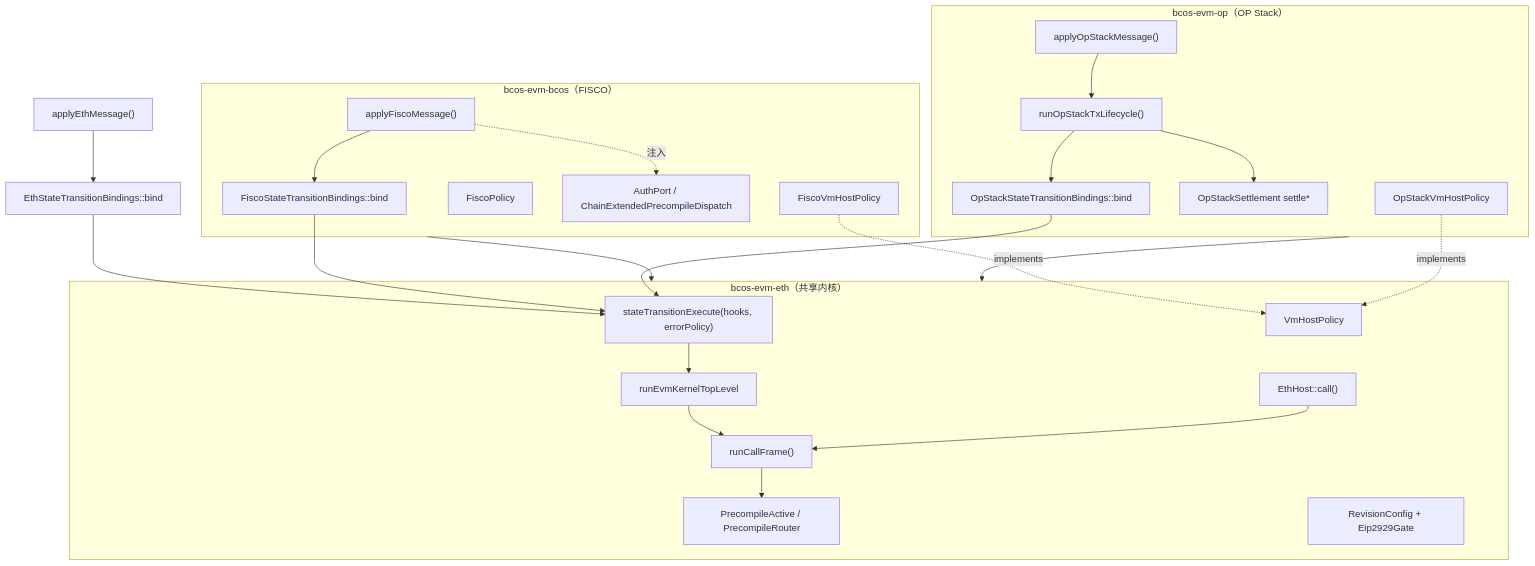
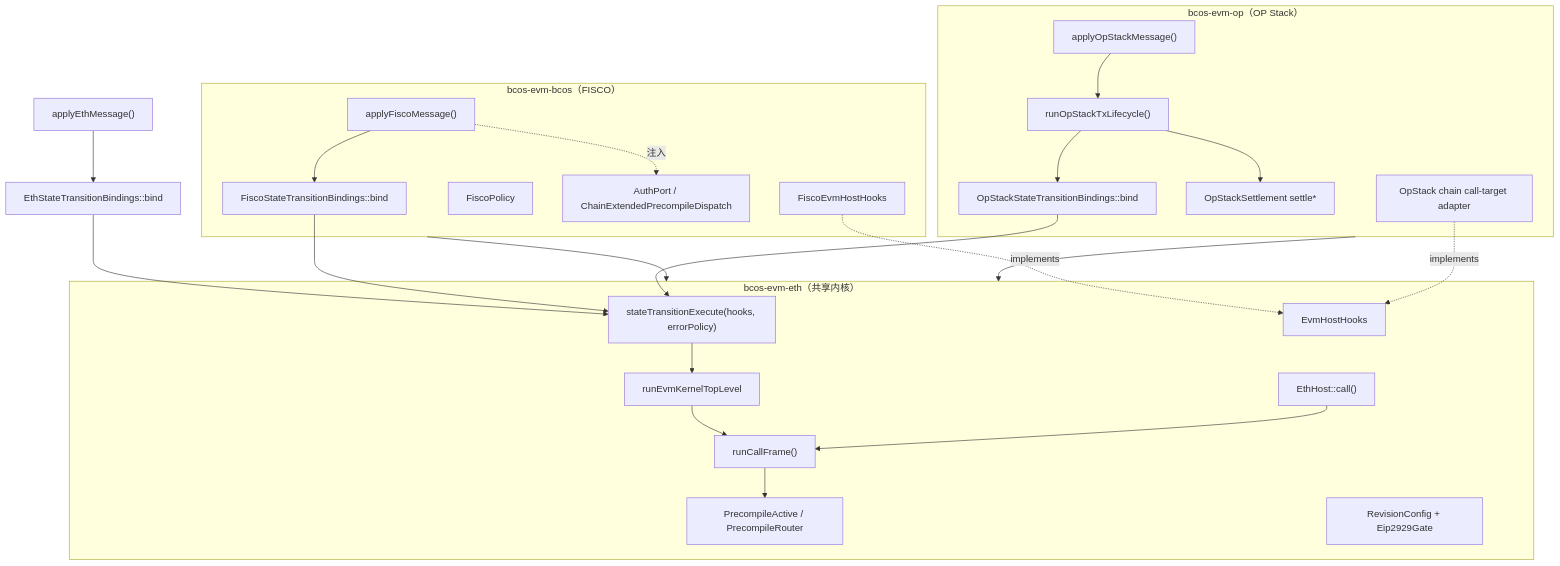
The diagram in bcos-evm/docs/architecture-overview.md (ywy2090/FISCO-BCOS), drawn with Mermaid before and after one commit. The commit also changed other lines of this file and 62 other files, not shown here.

First line of the commit message:
refactor(evm): align EvmHostHooks naming and header extensions

````diff
--- a/bcos-evm/docs/architecture-overview.md
+++ b/bcos-evm/docs/architecture-overview.md
@@ -36,41 +36,41 @@
 ```mermaid
 graph TD
     subgraph kernel["bcos-evm-eth（共享内核）"]
         RO["stateTransitionExecute(hooks, errorPolicy)"]
         TEA["runEvmKernelTopLevel"]
         EF["runCallFrame()"]
         PA["PrecompileActive / PrecompileRouter"]
         EH["EthHost::call()"]
-        VHP["VmHostPolicy"]
+        VHP["EvmHostHooks"]
         RC["RevisionConfig + Eip2929Gate"]
     end
     subgraph bcos["bcos-evm-bcos（FISCO）"]
         FEB["applyFiscoMessage()"]
         FOP["FiscoStateTransitionBindings::bind"]
-        FVP["FiscoVmHostPolicy"]
+        FVP["FiscoEvmHostHooks"]
         FP["FiscoPolicy"]
         PORTS["AuthPort / ChainExtendedPrecompileDispatch"]
     end
     subgraph op["bcos-evm-op（OP Stack）"]
         OEB["applyOpStackMessage()"]
         OTL["runOpStackTxLifecycle()"]
         OOP["OpStackStateTransitionBindings::bind"]
         OSET["OpStackSettlement settle*"]
-        OVP["OpStackVmHostPolicy"]
+        OVP["OpStack chain call-target adapter"]
     end
     ETH["applyEthMessage()"] --> EOP["EthStateTransitionBindings::bind"]
     EOP --> RO
     FEB --> FOP --> RO
     OEB --> OTL
     OTL --> OOP --> RO
     OTL --> OSET
     RO --> TEA
     TEA --> EF
     EF --> PA
     EH --> EF
     FVP -.implements.-> VHP
     OVP -.implements.-> VHP
     FEB -. 注入 .-> PORTS
     bcos --> kernel
     op --> kernel
 ```
````
